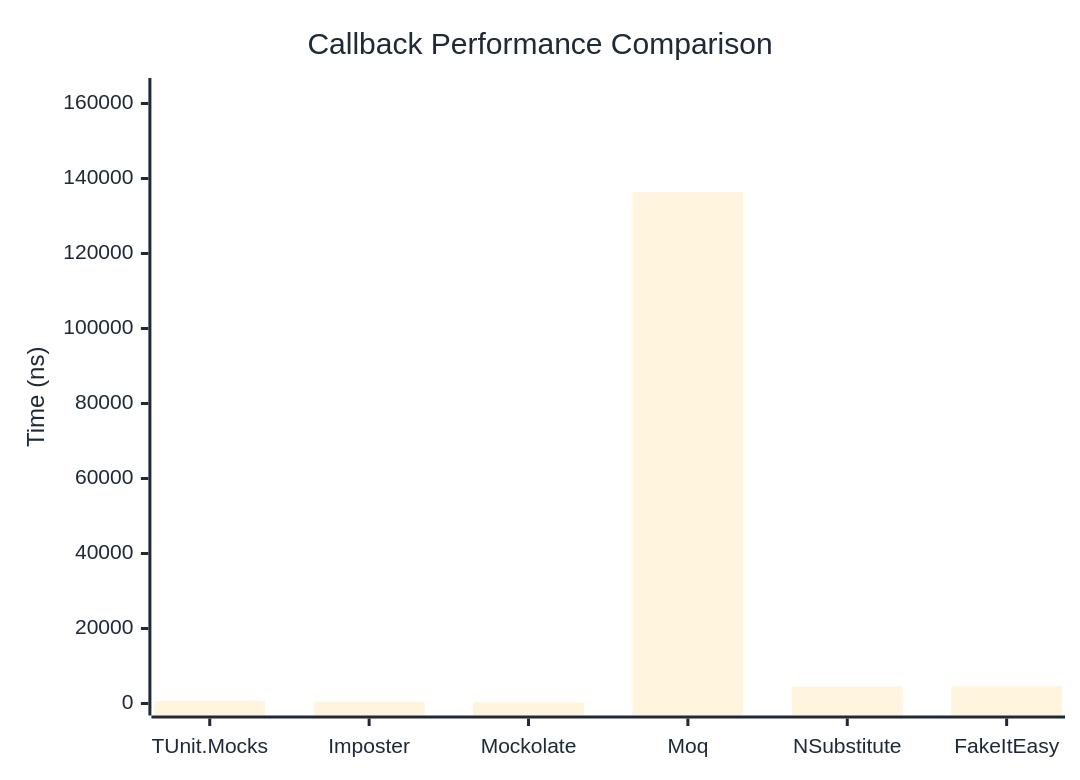
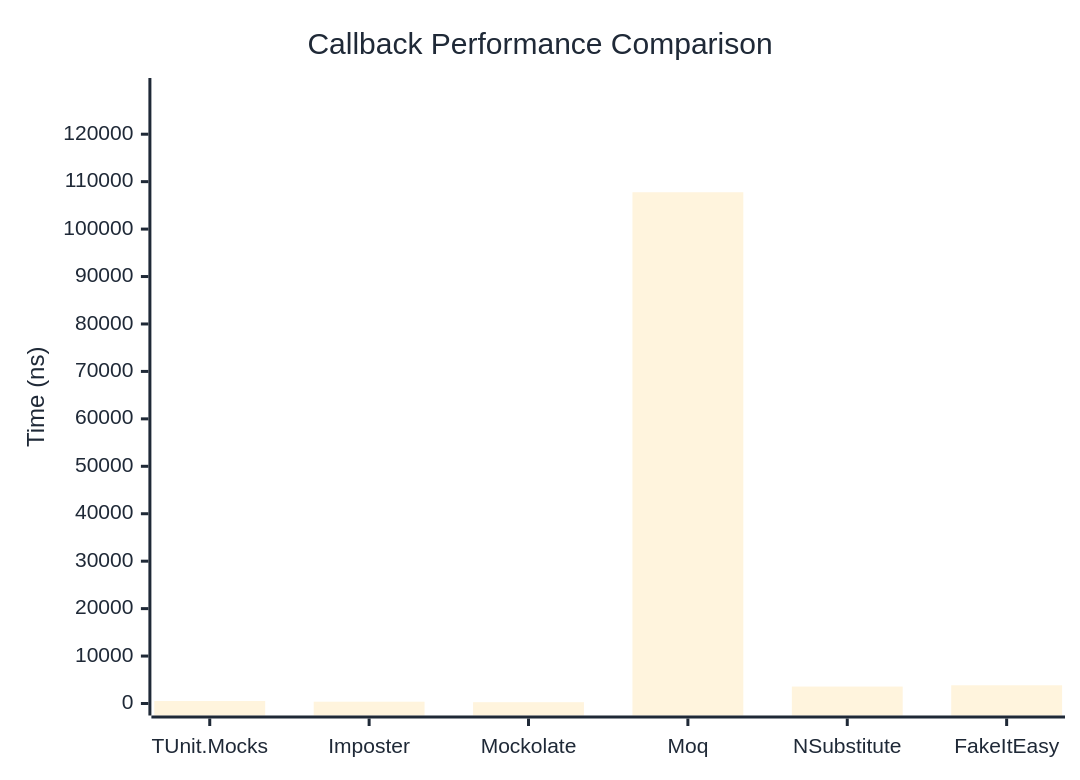
The first of 2 diagrams in docs/docs/benchmarks/mocks/Callback.md (thomhurst/TUnit), drawn with Mermaid before and after one commit. The commit also changed other lines of this file and 14 other files, not shown here.

````diff
--- a/docs/docs/benchmarks/mocks/Callback.md
+++ b/docs/docs/benchmarks/mocks/Callback.md
@@ -30,27 +30,27 @@
 ```mermaid
 %%{init: {
   'theme':'base',
   'themeVariables': {
     'primaryColor': '#2563eb',
     'primaryTextColor': '#1f2937',
     'primaryBorderColor': '#1e40af',
     'lineColor': '#6b7280',
     'secondaryColor': '#7c3aed',
     'tertiaryColor': '#dc2626',
     'background': '#ffffff',
     'pie1': '#2563eb',
     'pie2': '#7c3aed',
     'pie3': '#dc2626',
     'pie4': '#f59e0b',
     'pie5': '#10b981',
     'pie6': '#06b6d4',
     'pie7': '#ec4899',
     'pie8': '#6366f1'
   }
 }}%%
 xychart-beta
   title "Callback Performance Comparison"
   x-axis ["TUnit.Mocks", "Imposter", "Mockolate", "Moq", "NSubstitute", "FakeItEasy"]
-  y-axis "Time (ns)" 0 --> 163605
-  bar [652.9, 464.3, 347.2, 136337.3, 4526.5, 4579.6]
+  y-axis "Time (ns)" 0 --> 129319
+  bar [530.4, 377.4, 276.4, 107765.8, 3567.7, 3843.5]
 ```
````
